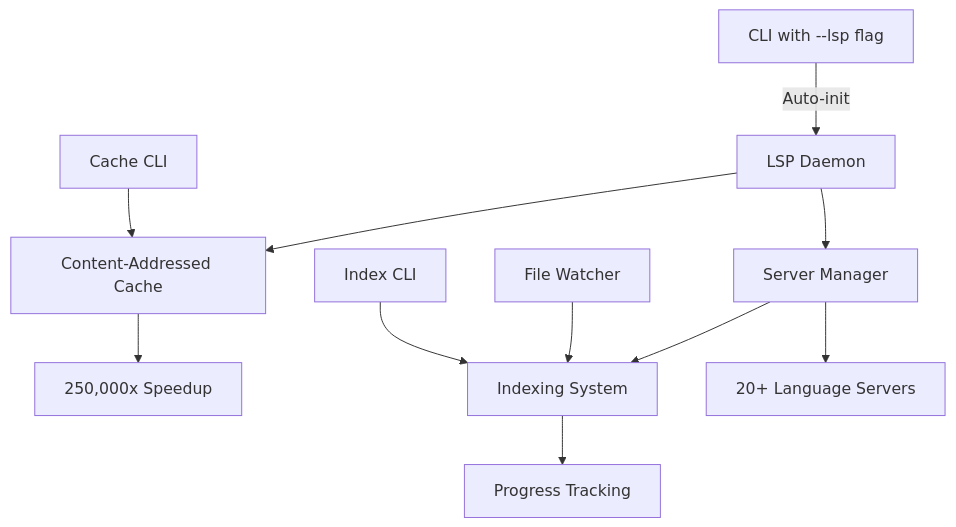
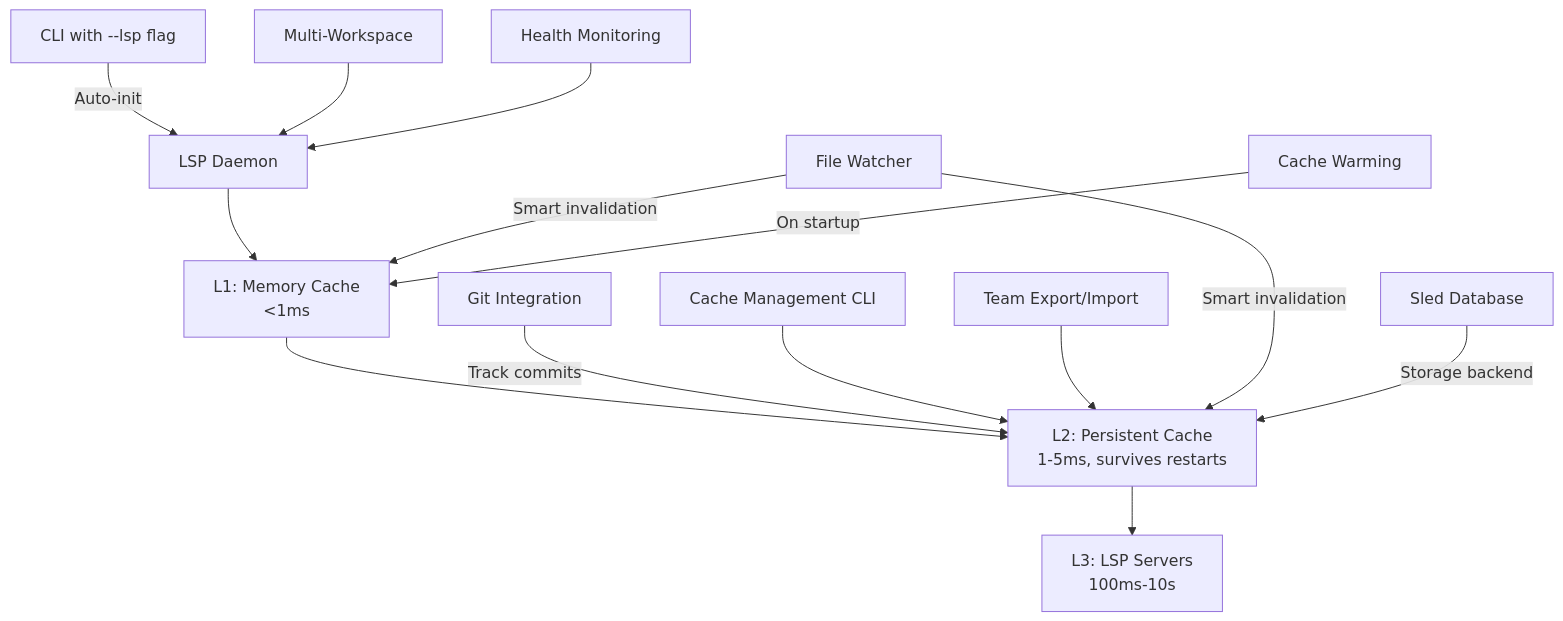
The diagram in updated_pr_description.md (probelabs/probe), drawn with Mermaid before and after one commit. The commit also changed other lines of this file and 29 other files, not shown here.

First line of the commit message:
feat(lsp): implement persistent cache with three-layer architecture

````diff
--- a/updated_pr_description.md
+++ b/updated_pr_description.md
@@ -19,13 +201,15 @@
 ```mermaid
 graph TB
     A[CLI with --lsp flag] -->|Auto-init| B[LSP Daemon]
-    B --> C[Content-Addressed Cache]
-    C --> D[250,000x Speedup]
-    B --> E[Server Manager]
-    E --> F[Indexing System]
-    F --> G[Progress Tracking]
-    E --> H[20+ Language Servers]
-    I[File Watcher] --> F
-    J[Cache CLI] --> C
-    K[Index CLI] --> F
+    B --> C[L1: Memory Cache<br/><1ms]
+    C --> D[L2: Persistent Cache<br/>1-5ms, survives restarts]
+    D --> E[L3: LSP Servers<br/>100ms-10s]
+    F[Git Integration] -->|Track commits| D
+    G[Cache Management CLI] --> D
+    H[Team Export/Import] --> D
+    I[File Watcher] -->|Smart invalidation| C & D
+    J[Cache Warming] -->|On startup| C
+    K[Sled Database] -->|Storage backend| D
+    L[Multi-Workspace] --> B
+    M[Health Monitoring] --> B
 ```
````
